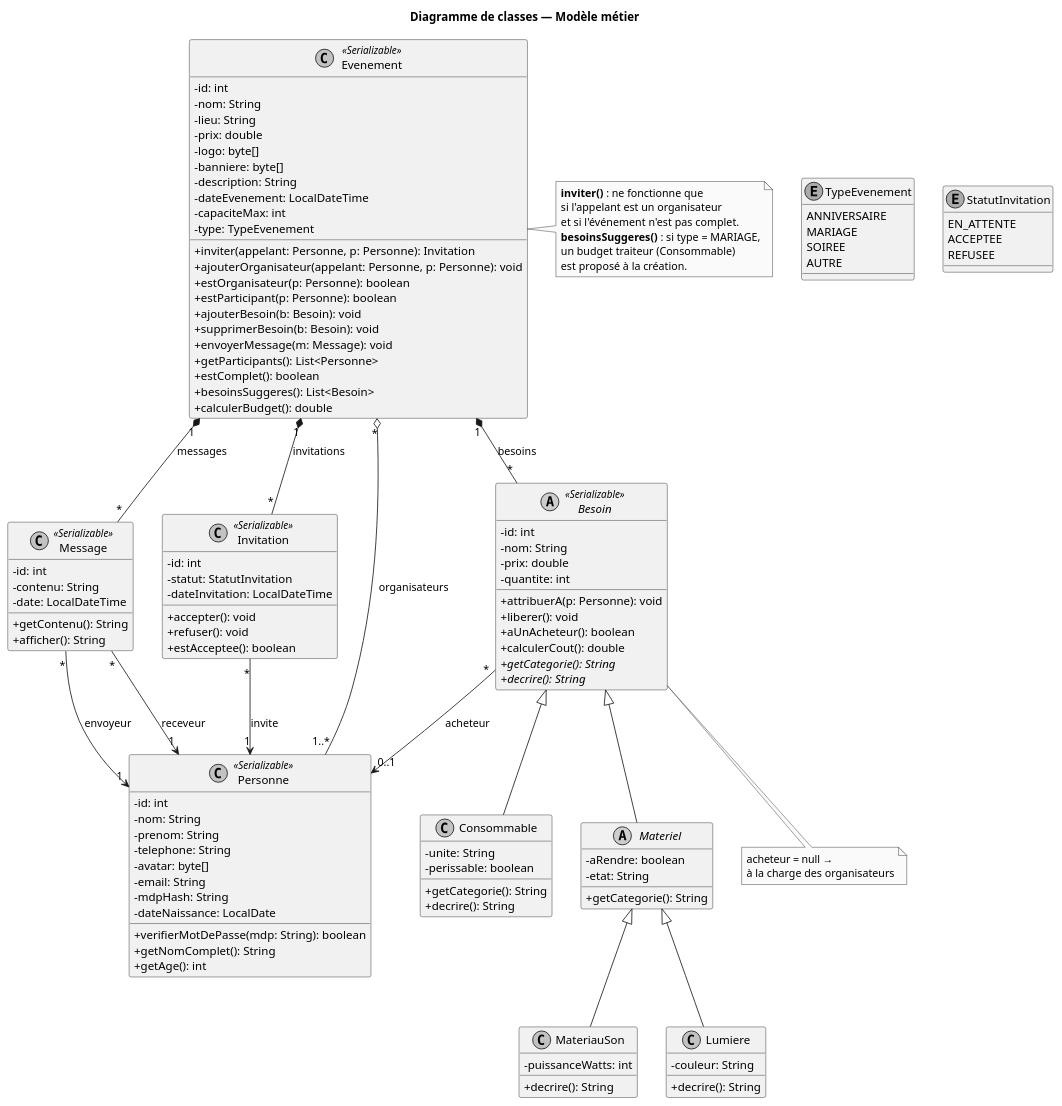
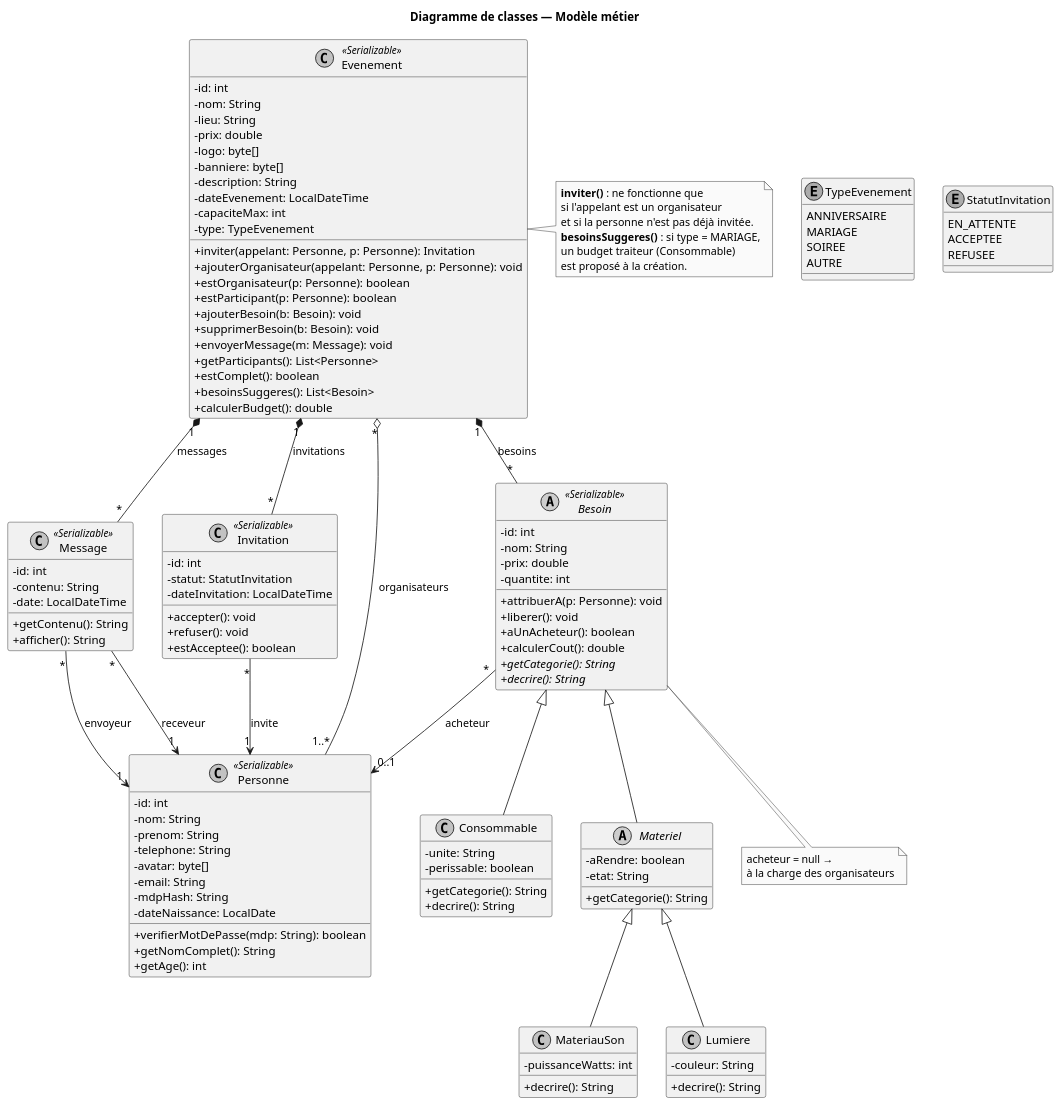
The diagram in doc/uml/classes.puml (Tactiis239/gestion-event), drawn with PlantUML before and after one commit. The commit also changed 4 other files, not shown here.

```diff
--- a/doc/uml/classes.puml
+++ b/doc/uml/classes.puml
@@ -1,140 +1,140 @@
 @startuml classes
 skinparam shadowing false
 skinparam monochrome true
 skinparam defaultFontName Helvetica
 skinparam classAttributeIconSize 0
 
 title Diagramme de classes — Modèle métier
 
 class Evenement <<Serializable>> {
   -id: int
   -nom: String
   -lieu: String
   -prix: double
   -logo: byte[]
   -banniere: byte[]
   -description: String
   -dateEvenement: LocalDateTime
   -capaciteMax: int
   -type: TypeEvenement
   +inviter(appelant: Personne, p: Personne): Invitation
   +ajouterOrganisateur(appelant: Personne, p: Personne): void
   +estOrganisateur(p: Personne): boolean
   +estParticipant(p: Personne): boolean
   +ajouterBesoin(b: Besoin): void
   +supprimerBesoin(b: Besoin): void
   +envoyerMessage(m: Message): void
   +getParticipants(): List<Personne>
   +estComplet(): boolean
   +besoinsSuggeres(): List<Besoin>
   +calculerBudget(): double
 }
 
 enum TypeEvenement {
   ANNIVERSAIRE
   MARIAGE
   SOIREE
   AUTRE
 }
 
 class Message <<Serializable>> {
   -id: int
   -contenu: String
   -date: LocalDateTime
   +getContenu(): String
   +afficher(): String
 }
 
 class Invitation <<Serializable>> {
   -id: int
   -statut: StatutInvitation
   -dateInvitation: LocalDateTime
   +accepter(): void
   +refuser(): void
   +estAcceptee(): boolean
 }
 
 enum StatutInvitation {
   EN_ATTENTE
   ACCEPTEE
   REFUSEE
 }
 
 abstract class Besoin <<Serializable>> {
   -id: int
   -nom: String
   -prix: double
   -quantite: int
   +attribuerA(p: Personne): void
   +liberer(): void
   +aUnAcheteur(): boolean
   +calculerCout(): double
   +{abstract} getCategorie(): String
   +{abstract} decrire(): String
 }
 
 class Consommable {
   -unite: String
   -perissable: boolean
   +getCategorie(): String
   +decrire(): String
 }
 
 abstract class Materiel {
   -aRendre: boolean
   -etat: String
   +getCategorie(): String
 }
 
 class MateriauSon {
   -puissanceWatts: int
   +decrire(): String
 }
 
 class Lumiere {
   -couleur: String
   +decrire(): String
 }
 
 class Personne <<Serializable>> {
   -id: int
   -nom: String
   -prenom: String
   -telephone: String
   -avatar: byte[]
   -email: String
   -mdpHash: String
   -dateNaissance: LocalDate
   +verifierMotDePasse(mdp: String): boolean
   +getNomComplet(): String
   +getAge(): int
 }
 
 Evenement "*" o-- "1..*" Personne : organisateurs
 Evenement "1" *-- "*" Invitation : invitations
 Evenement "1" *-- "*" Besoin : besoins
 Evenement "1" *-- "*" Message : messages
 
 Message "*" --> "1" Personne : envoyeur
 Message "*" --> "1" Personne : receveur
 Invitation "*" --> "1" Personne : invite
 Besoin "*" --> "0..1" Personne : acheteur
 
 Besoin <|-- Consommable
 Besoin <|-- Materiel
 Materiel <|-- MateriauSon
 Materiel <|-- Lumiere
 
 note right of Evenement
   **inviter()** : ne fonctionne que
   si l'appelant est un organisateur
-  et si l'événement n'est pas complet.
+  et si la personne n'est pas déjà invitée.
   **besoinsSuggeres()** : si type = MARIAGE,
   un budget traiteur (Consommable)
   est proposé à la création.
 end note
 
 note "acheteur = null →\nà la charge des organisateurs" as N2
 Besoin .. N2
 
 @enduml
```
